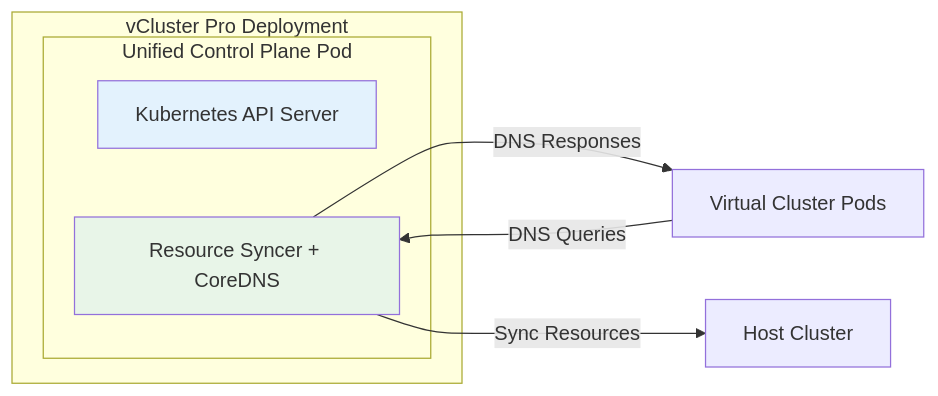
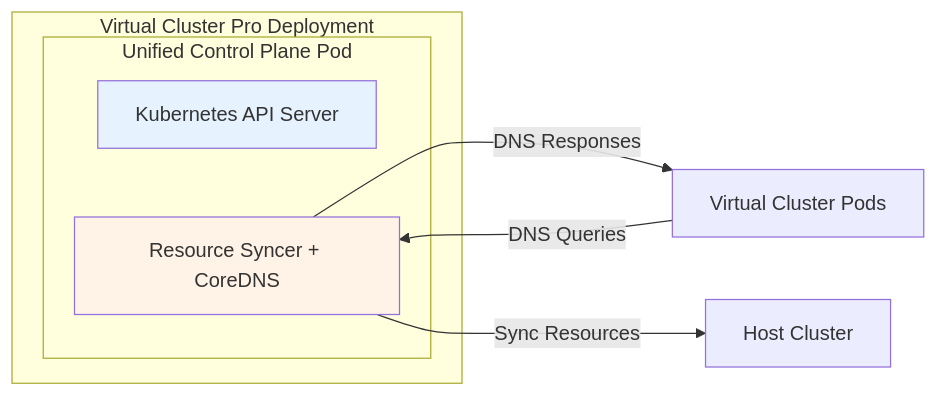
Before and after one commit to loft-sh/vcluster-docs: the second of 4 diagrams in vcluster/configure/vcluster-yaml/control-plane/components/coredns.mdx, drawn with Mermaid. The commit also changed other lines of this file, not shown here.

````diff
--- a/vcluster/configure/vcluster-yaml/control-plane/components/coredns.mdx
+++ b/vcluster/configure/vcluster-yaml/control-plane/components/coredns.mdx
@@ -88,16 +79,16 @@
 ```mermaid
 graph LR
-    subgraph "vCluster Pro Deployment"
+    subgraph "Virtual Cluster Pro Deployment"
         subgraph "Unified Control Plane Pod"
             A[Kubernetes API Server]
             B[Resource Syncer + CoreDNS]
         end
     end
     
     E[Virtual Cluster Pods] -->|DNS Queries| B
     B -->|DNS Responses| E
     B -->|Sync Resources| F[Host Cluster]
     
-    style A fill:#e3f2fd
-    style B fill:#e8f5e8
+    style A fill:#e6f3ff
+    style B fill:#fff2e6
 ```
````
